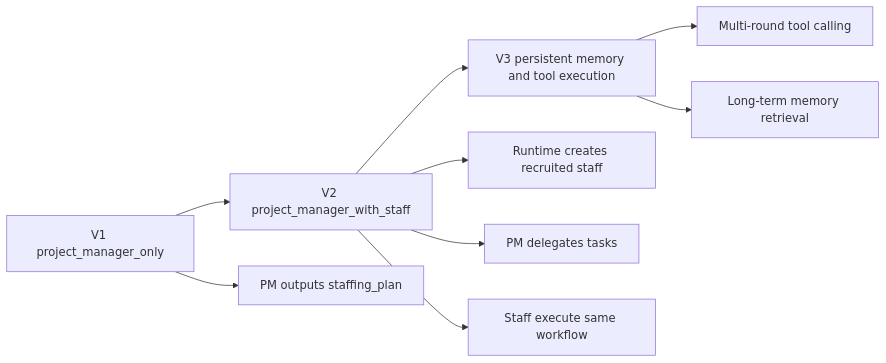
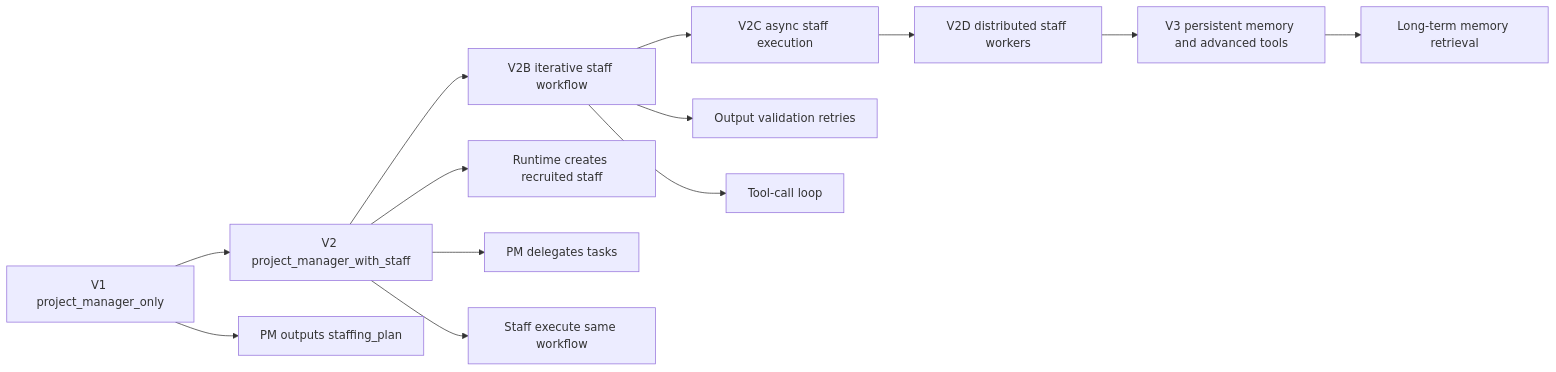
One commit to squredZ/lego_agent changed diagram 11 of 11 in docs/PROJECT_AGENT_DESIGN.md. Above: the diagram before and after it, drawn with Mermaid. The commit also changed other lines of this file and 28 other files, not shown here.

Commit message:
iterable staff workflow & model modify

````diff
--- a/docs/PROJECT_AGENT_DESIGN.md
+++ b/docs/PROJECT_AGENT_DESIGN.md
@@ -1116,12 +1303,16 @@
 ```mermaid
 graph LR
     V1[V1 project_manager_only] --> V2[V2 project_manager_with_staff]
-    V2 --> V3[V3 persistent memory and tool execution]
+    V2 --> V2B[V2B iterative staff workflow]
+    V2B --> V2C[V2C async staff execution]
+    V2C --> V2D[V2D distributed staff workers]
+    V2D --> V3[V3 persistent memory and advanced tools]
 
     V1 --> V1A[PM outputs staffing_plan]
     V2 --> V2A[Runtime creates recruited staff]
-    V2 --> V2B[PM delegates tasks]
-    V2 --> V2C[Staff execute same workflow]
-    V3 --> V3A[Multi-round tool calling]
+    V2 --> V2A2[PM delegates tasks]
+    V2 --> V2A3[Staff execute same workflow]
+    V2B --> V2B1[Output validation retries]
+    V2B --> V2B2[Tool-call loop]
     V3 --> V3B[Long-term memory retrieval]
 ```
````
